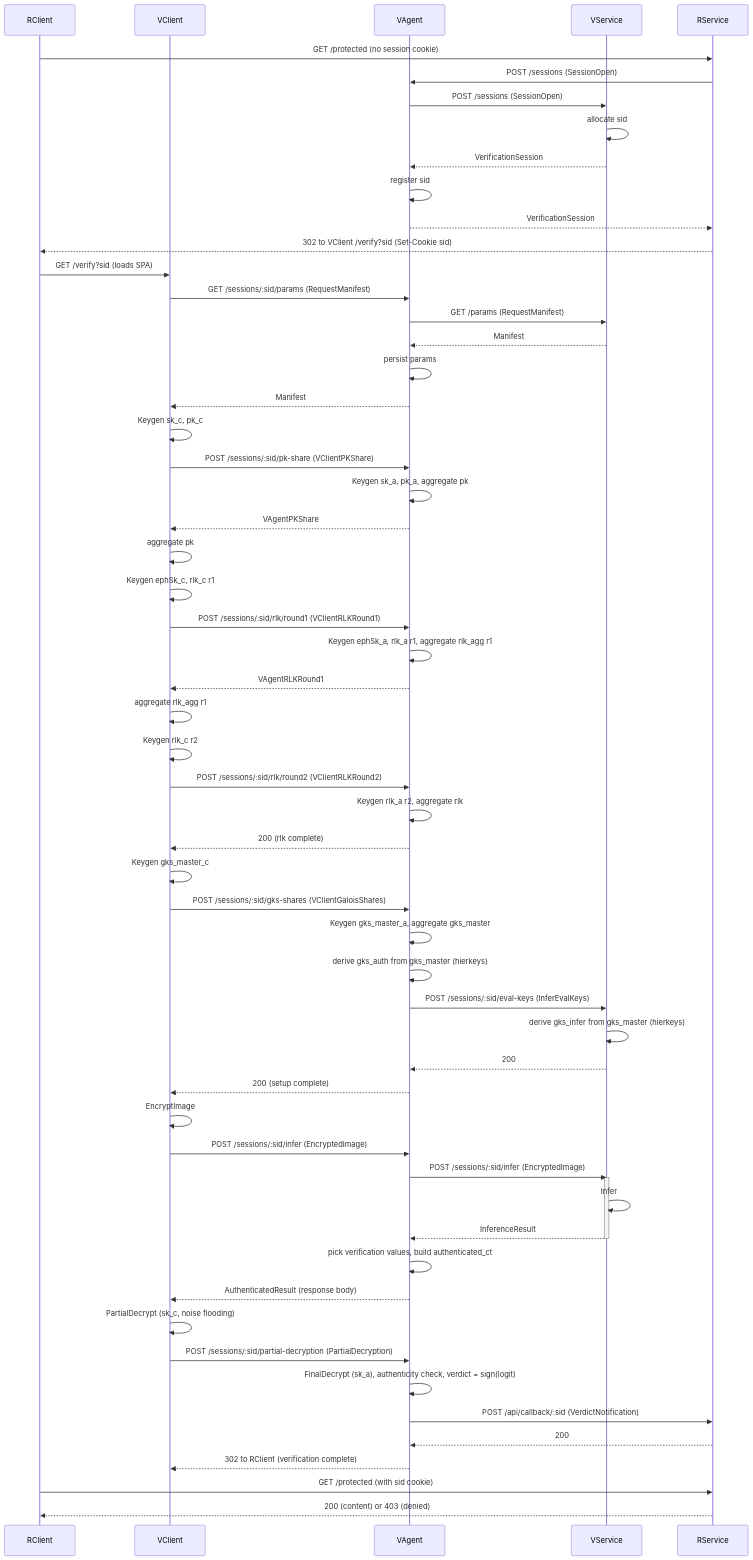
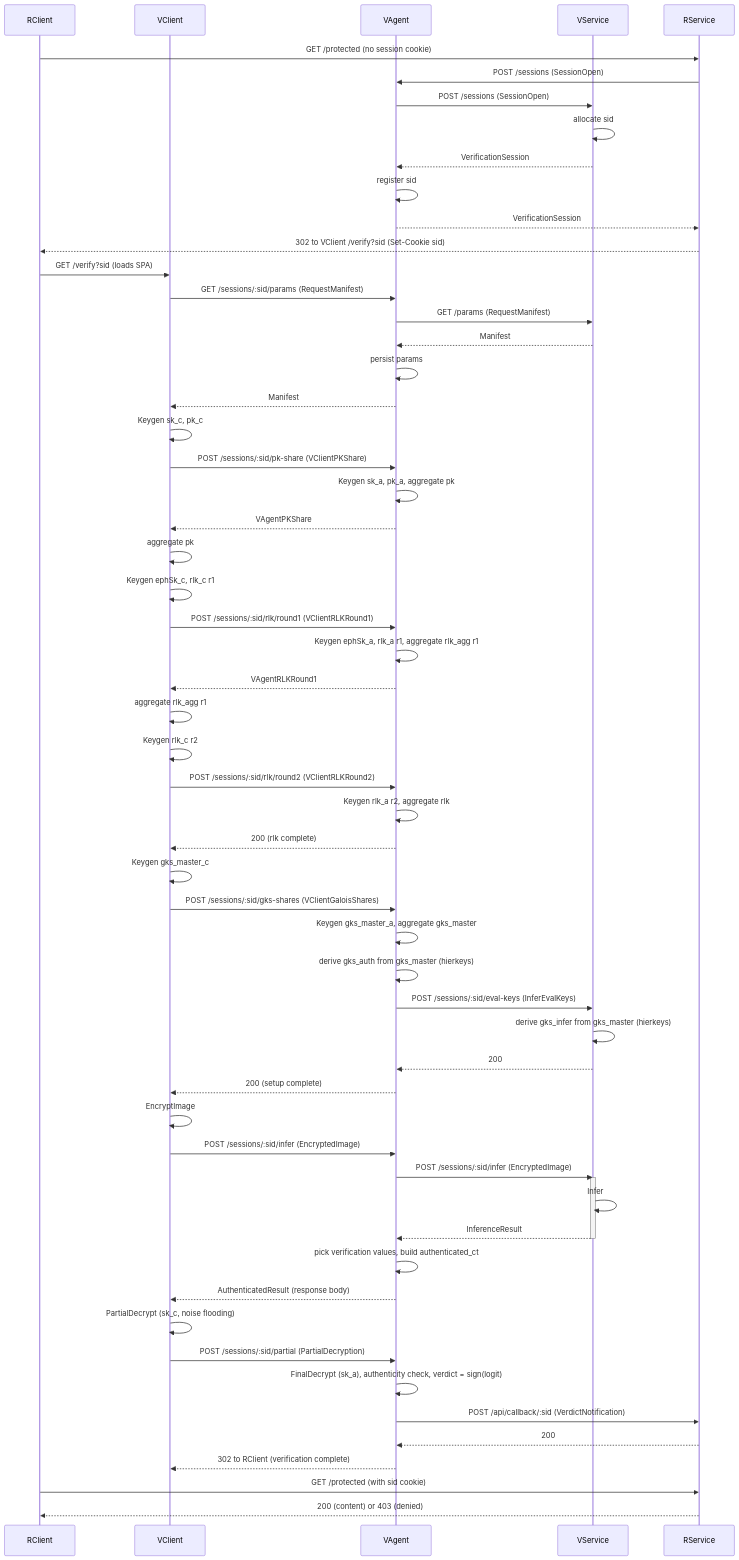
One commit to butvinm/ppiav changed the second of 2 diagrams in docs/DESIGN.md. Above: the diagram before and after it, drawn with Mermaid. The commit also changed other lines of this file and 4 other files, not shown here.

First line of the commit message:
refactor: rename /partial-decryption endpoint to /partial

````diff
--- a/docs/DESIGN.md
+++ b/docs/DESIGN.md
@@ -74,79 +74,79 @@
 ```mermaid
 sequenceDiagram
     participant RC as RClient
     participant VC as VClient
     participant VA as VAgent
     participant VS as VService
     participant RS as RService
 
     %% Stage 1 — session initiation
     RC->>RS: GET /protected (no session cookie)
     RS->>VA: POST /sessions (SessionOpen)
     VA->>VS: POST /sessions (SessionOpen)
     VS->>VS: allocate sid
     VS-->>VA: VerificationSession
     VA->>VA: register sid
     VA-->>RS: VerificationSession
     RS-->>RC: 302 to VClient /verify?sid (Set-Cookie sid)
     RC->>VC: GET /verify?sid (loads SPA)
 
     %% Stage 2a — protocol parameters
     VC->>VA: GET /sessions/:sid/params (RequestManifest)
     VA->>VS: GET /params (RequestManifest)
     VS-->>VA: Manifest
     VA->>VA: persist params
     VA-->>VC: Manifest
 
     %% Stage 2b — public key (one round)
     VC->>VC: Keygen sk_c, pk_c
     VC->>VA: POST /sessions/:sid/pk-share (VClientPKShare)
     VA->>VA: Keygen sk_a, pk_a, aggregate pk
     VA-->>VC: VAgentPKShare
     VC->>VC: aggregate pk
 
     %% Stage 2c — relinearization key (round 1)
     VC->>VC: Keygen ephSk_c, rlk_c r1
     VC->>VA: POST /sessions/:sid/rlk/round1 (VClientRLKRound1)
     VA->>VA: Keygen ephSk_a, rlk_a r1, aggregate rlk_agg r1
     VA-->>VC: VAgentRLKRound1
     VC->>VC: aggregate rlk_agg r1
 
     %% Stage 2c — relinearization key (round 2)
     VC->>VC: Keygen rlk_c r2
     VC->>VA: POST /sessions/:sid/rlk/round2 (VClientRLKRound2)
     VA->>VA: Keygen rlk_a r2, aggregate rlk
     VA-->>VC: 200 (rlk complete)
 
     %% Stage 2d — rotation keys (gks_master + hierarchical derivation)
     VC->>VC: Keygen gks_master_c
     VC->>VA: POST /sessions/:sid/gks-shares (VClientGaloisShares)
     VA->>VA: Keygen gks_master_a, aggregate gks_master
     VA->>VA: derive gks_auth from gks_master (hierkeys)
     VA->>VS: POST /sessions/:sid/eval-keys (InferEvalKeys)
     VS->>VS: derive gks_infer from gks_master (hierkeys)
     VS-->>VA: 200
     VA-->>VC: 200 (setup complete)
 
     %% Stage 3 — image submission and inference (single blocking RPC)
     VC->>VC: EncryptImage
     VC->>VA: POST /sessions/:sid/infer (EncryptedImage)
     VA->>VS: POST /sessions/:sid/infer (EncryptedImage)
     activate VS
     VS->>VS: Infer
     VS-->>VA: InferenceResult
     deactivate VS
 
     %% Stage 4a — MPD-Auth joint decryption
     VA->>VA: pick verification values, build authenticated_ct
     VA-->>VC: AuthenticatedResult (response body)
     VC->>VC: PartialDecrypt (sk_c, noise flooding)
-    VC->>VA: POST /sessions/:sid/partial-decryption (PartialDecryption)
+    VC->>VA: POST /sessions/:sid/partial (PartialDecryption)
     VA->>VA: FinalDecrypt (sk_a), authenticity check, verdict = sign(logit)
 
     %% Stage 4b — verdict callback and resource access
     VA->>RS: POST /api/callback/:sid (VerdictNotification)
     RS-->>VA: 200
     VA-->>VC: 302 to RClient (verification complete)
     RC->>RS: GET /protected (with sid cookie)
     RS-->>RC: 200 (content) or 403 (denied)
 ```
````
